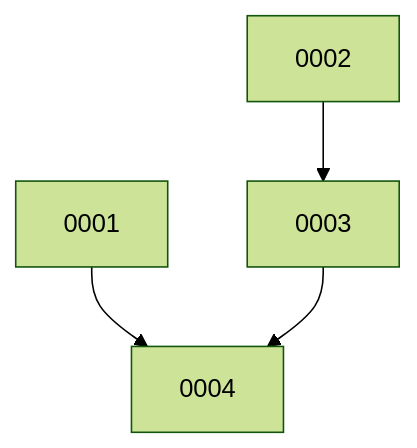
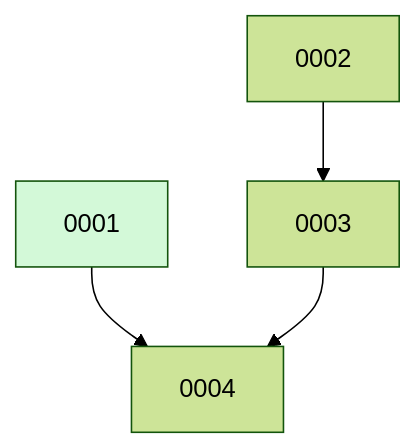
Before and after one commit to ethanhinson/codeindex: the diagram in docs/changes/BOARD.md, drawn with Mermaid (forest theme). The commit also changed other lines of this file, not shown here.

````diff
--- a/docs/changes/BOARD.md
+++ b/docs/changes/BOARD.md
@@ -19,8 +13,9 @@
 ```mermaid
 graph TD
-  0001
   0002
   0002 --> 0003
   0001 --> 0004
   0003 --> 0004
+  0001:::done
+  classDef done fill:#d3f9d8;
 ```
````
